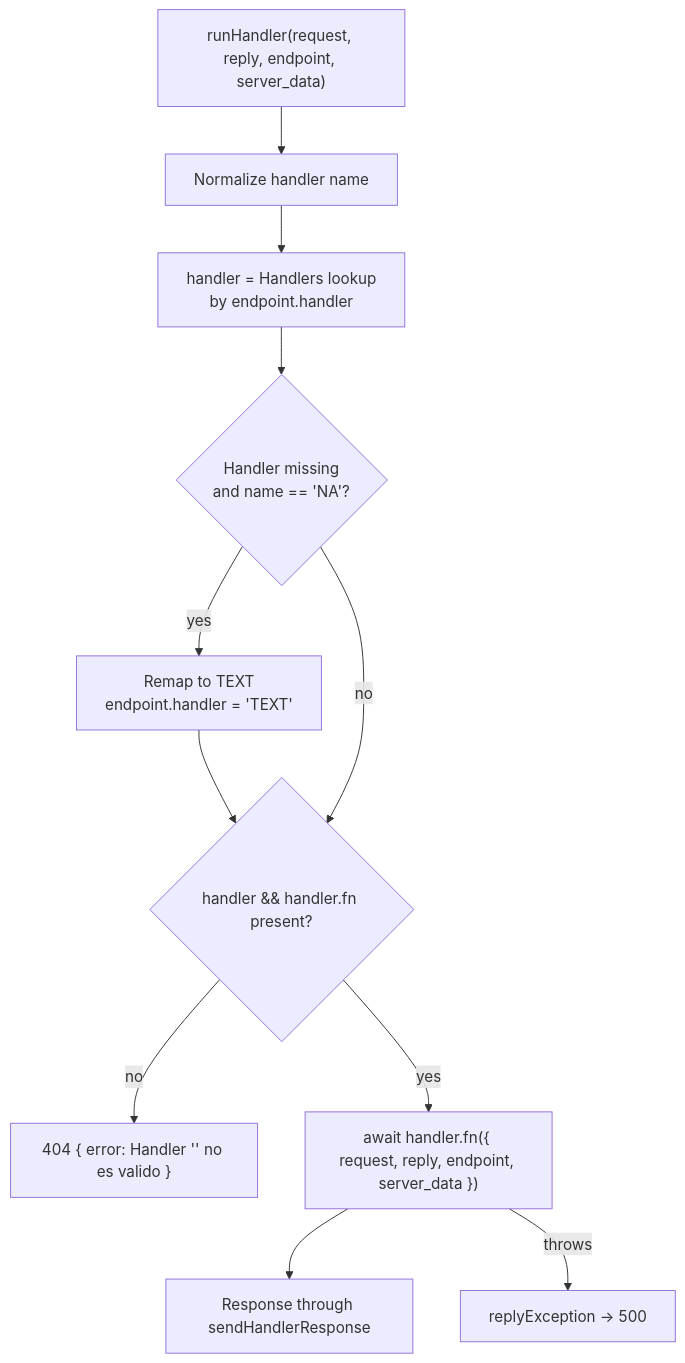
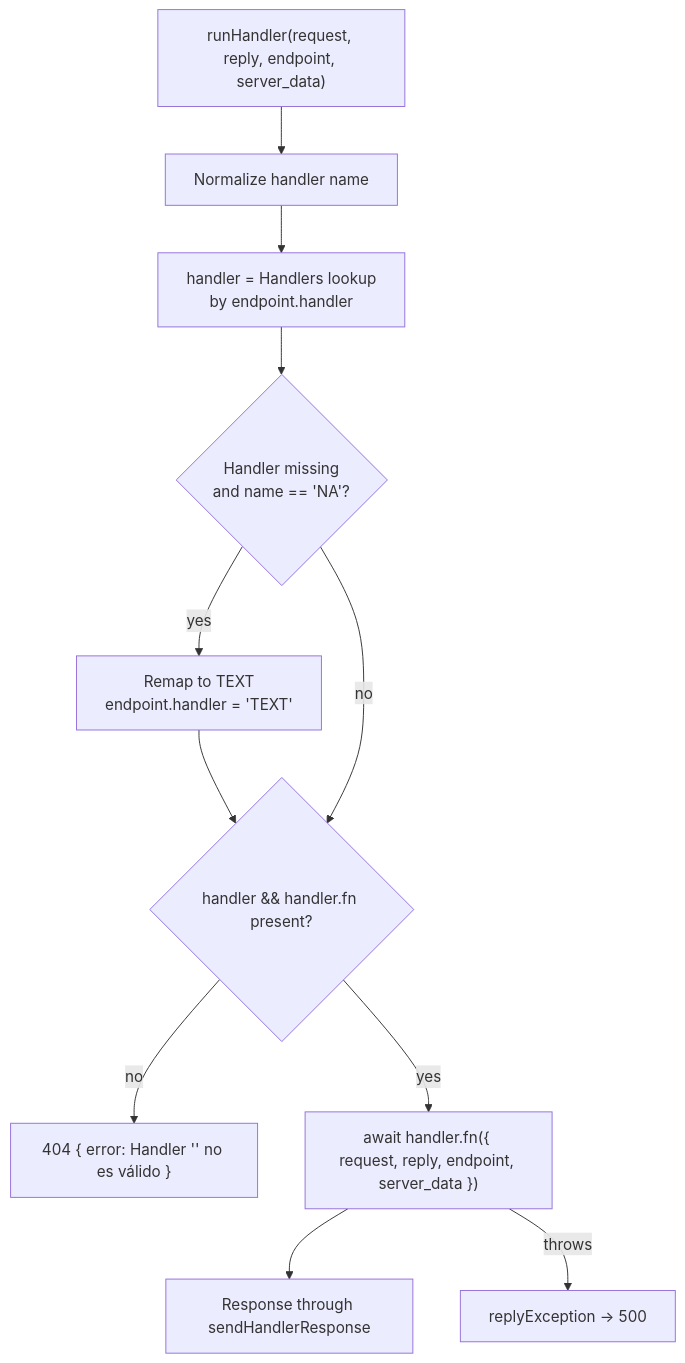
The first of 4 diagrams in src/docs/flows/RUNTIME.md (rdsslab/libOpenFusionAPI), drawn with Mermaid before and after one commit. The commit also changed 91 other files, not shown here.

````diff
--- a/src/docs/flows/RUNTIME.md
+++ b/src/docs/flows/RUNTIME.md
@@ -16,13 +16,13 @@
 ```mermaid
 flowchart TD
     A["runHandler(request, reply, endpoint, server_data)"] --> N["Normalize handler name"]
     N --> L["handler = Handlers lookup<br/>by endpoint.handler"]
     L --> NA{"Handler missing<br/>and name == 'NA'?"}
     NA -- "yes" --> REMAP["Remap to TEXT<br/>endpoint.handler = 'TEXT'"]
     REMAP --> VALID
     NA -- "no" --> VALID{"handler && handler.fn present?"}
-    VALID -- "no" --> BAD["404 { error: Handler '<name>' no es valido }"]
+    VALID -- "no" --> BAD["404 { error: Handler '<name>' no es válido }"]
     VALID -- "yes" --> DISP["await handler.fn({ request, reply, endpoint, server_data })"]
     DISP --> OUT["Response through sendHandlerResponse"]
     DISP -- "throws" --> ERR["replyException → 500"]
 ```
````
